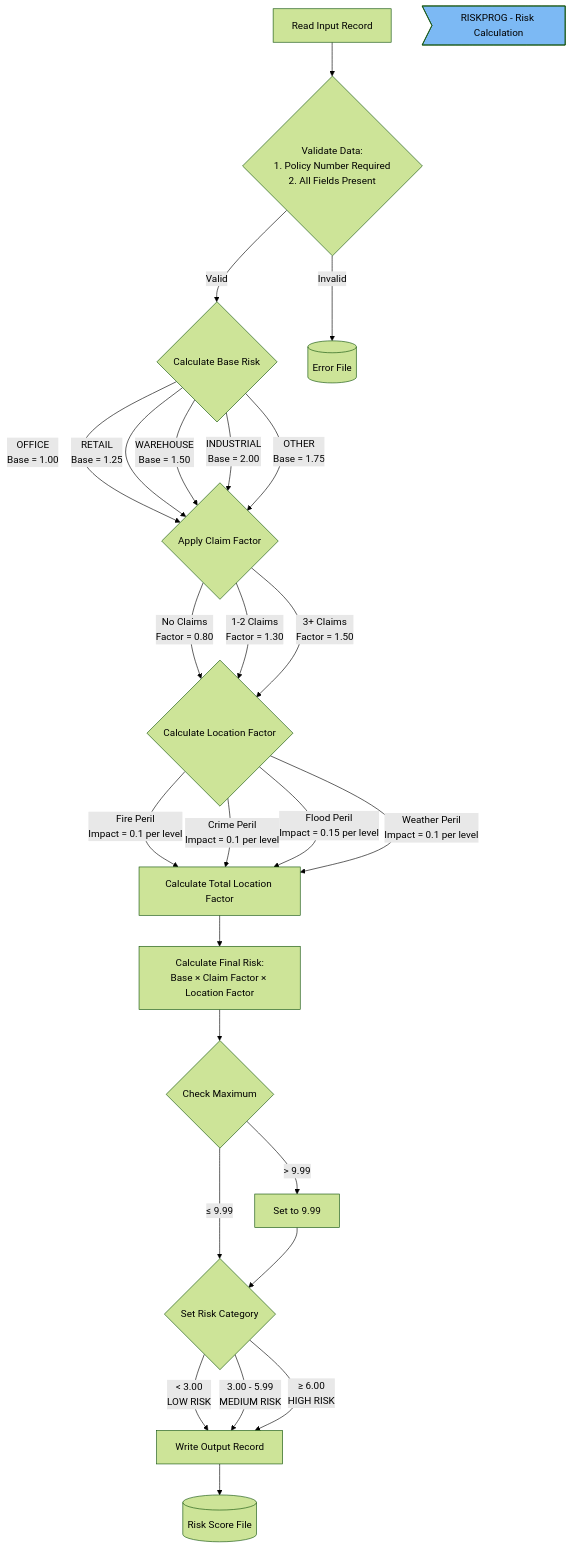
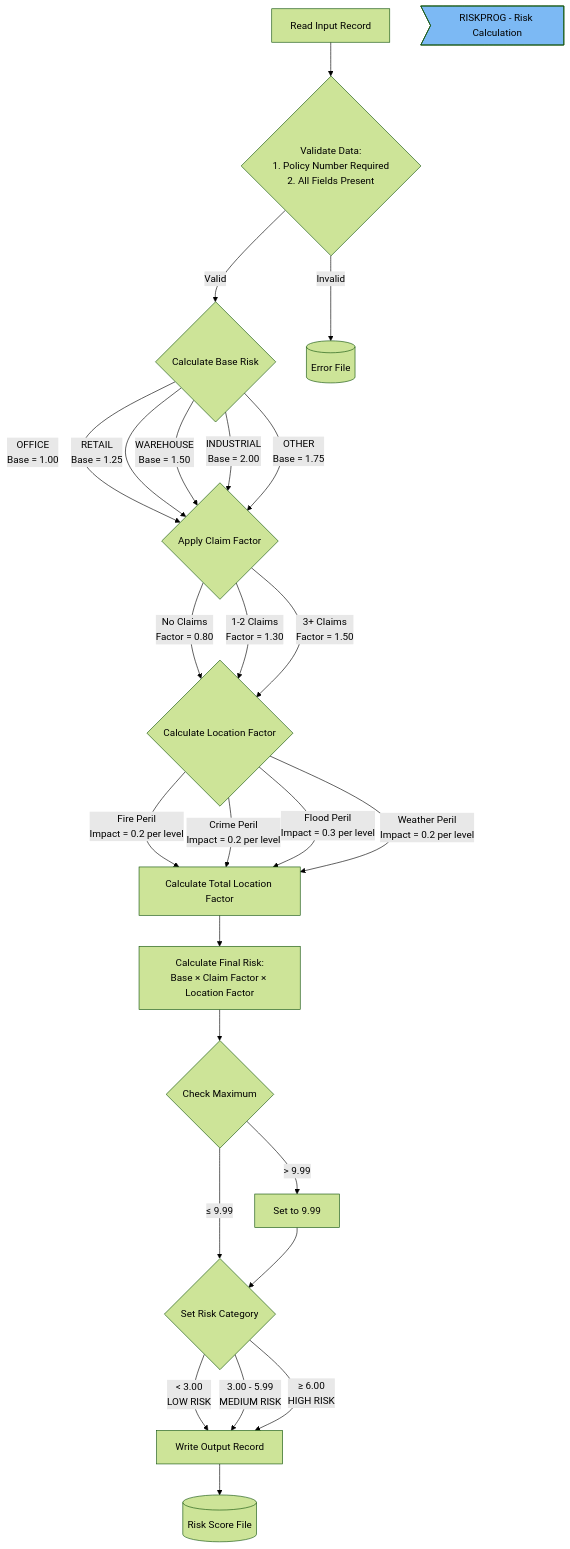
The second of 2 diagrams in .swm/commercial-property-risk-assessment-batch.wggsiezx.sw.md (Swimm-Demo/kyndryl-cics-genapp), drawn with Mermaid (forest theme) before and after one commit. The commit also changed other lines of this file and 1 other file, not shown here.

Commit message:
Example change

````diff
--- a/.swm/commercial-property-risk-assessment-batch.wggsiezx.sw.md
+++ b/.swm/commercial-property-risk-assessment-batch.wggsiezx.sw.md
@@ -69,10 +69,10 @@
         Claims -->|"3+ Claims<br/>Factor = 1.50"| Location
         
         Location{Calculate Location Factor} 
-        Location -->|"Fire Peril<br/>Impact = 0.1 per level"| CalcLoc
-        Location -->|"Crime Peril<br/>Impact = 0.1 per level"| CalcLoc
-        Location -->|"Flood Peril<br/>Impact = 0.15 per level"| CalcLoc
-        Location -->|"Weather Peril<br/>Impact = 0.1 per level"| CalcLoc
+        Location -->|"Fire Peril<br/>Impact = 0.2 per level"| CalcLoc
+        Location -->|"Crime Peril<br/>Impact = 0.2 per level"| CalcLoc
+        Location -->|"Flood Peril<br/>Impact = 0.3 per level"| CalcLoc
+        Location -->|"Weather Peril<br/>Impact = 0.2 per level"| CalcLoc
         
         CalcLoc[Calculate Total Location Factor] --> FinalCalc
         
@@ -95,4 +95,51 @@
 classDef a4271316e color:#000000,fill:#FFFF00
 classDef a0298c687 color:#000000,fill:#AA7CB9
 classDef a911b8d83 color:#000000,fill:#5afa0a
+
+%% Swimm:
+%% flowchart TD
+%% 
+%%         ReadData[Read Input Record] --> Validate{Validate Data:<br/>1. Policy Number Required<br/>2. All Fields Present}
+%% id>RISKPROG - Risk Calculation]:::a0b8c7d0e 
+%%         Validate -->|Valid| BaseRisk{Calculate Base Risk}
+%%         Validate -->|Invalid| ErrorFile[(Error File)]
+%%         
+%%         BaseRisk -->|"OFFICE<br/>Base = 1.00"| Claims
+%%         BaseRisk -->|"RETAIL<br/>Base = 1.25"| Claims
+%%         BaseRisk -->|"WAREHOUSE<br/>Base = 1.50"| Claims
+%%         BaseRisk -->|"INDUSTRIAL<br/>Base = 2.00"| Claims
+%%         BaseRisk -->|"OTHER<br/>Base = 1.75"| Claims
+%%         
+%%         Claims{Apply Claim Factor}
+%%         Claims -->|"No Claims<br/>Factor = <SwmToken path="/base/src/lgarsk01.cbl" pos="124:3:5" line-data="               MOVE 0.80 TO WS-CLAIM-FACTOR">`0.80`</SwmToken>"| Location
+%%         Claims -->|"1-2 Claims<br/>Factor = <SwmToken path="/base/src/lgarsk01.cbl" pos="126:3:5" line-data="               MOVE 1.30 TO WS-CLAIM-FACTOR">`1.30`</SwmToken>"| Location
+%%         Claims -->|"3+ Claims<br/>Factor = <SwmToken path="/base/src/lgarsk01.cbl" pos="128:3:5" line-data="               MOVE 1.50 TO WS-CLAIM-FACTOR">`1.50`</SwmToken>"| Location
+%%         
+%%         Location{Calculate Location Factor} 
+%%         Location -->|"Fire Peril<br/>Impact = <SwmToken path="/base/src/lgarsk01.cbl" pos="133:10:12" line-data="               (IN-FIRE-PERIL * 0.2) +">`0.2`</SwmToken> per level"| CalcLoc
+%%         Location -->|"Crime Peril<br/>Impact = <SwmToken path="/base/src/lgarsk01.cbl" pos="134:10:12" line-data="               (IN-CRIME-PERIL * 0.2) +">`0.2`</SwmToken> per level"| CalcLoc
+%%         Location -->|"Flood Peril<br/>Impact = <SwmToken path="/base/src/lgarsk01.cbl" pos="135:10:12" line-data="               (IN-FLOOD-PERIL * 0.3) +">`0.3`</SwmToken> per level"| CalcLoc
+%%         Location -->|"Weather Peril<br/>Impact = <SwmToken path="/base/src/lgarsk01.cbl" pos="136:10:12" line-data="               (IN-WEATHER-PERIL * 0.2)">`0.2`</SwmToken> per level"| CalcLoc
+%%         
+%%         CalcLoc[Calculate Total Location Factor] --> FinalCalc
+%%         
+%%         FinalCalc[Calculate Final Risk:<br/>Base × Claim Factor × Location Factor] --> MaxCheck{Check Maximum}
+%%         MaxCheck -->|"> 9.99"| SetMax[Set to 9.99]
+%%         MaxCheck -->|"≤ 9.99"| Category
+%%         SetMax --> Category
+%%         
+%%         Category{Set Risk Category}
+%%         Category -->|"< 3.00<br/>LOW RISK"| WriteOut
+%%         Category -->|"3.00 - 5.99<br/>MEDIUM RISK"| WriteOut
+%%         Category -->|"≥ 6.00<br/>HIGH RISK"| WriteOut
+%%         
+%%         WriteOut[Write Output Record] --> OutputFile[(Risk Score File)]
+%% 
+%% 
+%% classDef a0b8c7d0e color:#000000,fill:#7CB9F4
+%% classDef a261ec6c4 color:#000000,fill:#00FFAA
+%% classDef a4f5fbfea color:#000000,fill:#00FFF4
+%% classDef a4271316e color:#000000,fill:#FFFF00
+%% classDef a0298c687 color:#000000,fill:#AA7CB9
+%% classDef a911b8d83 color:#000000,fill:#5afa0a
 ```
````
